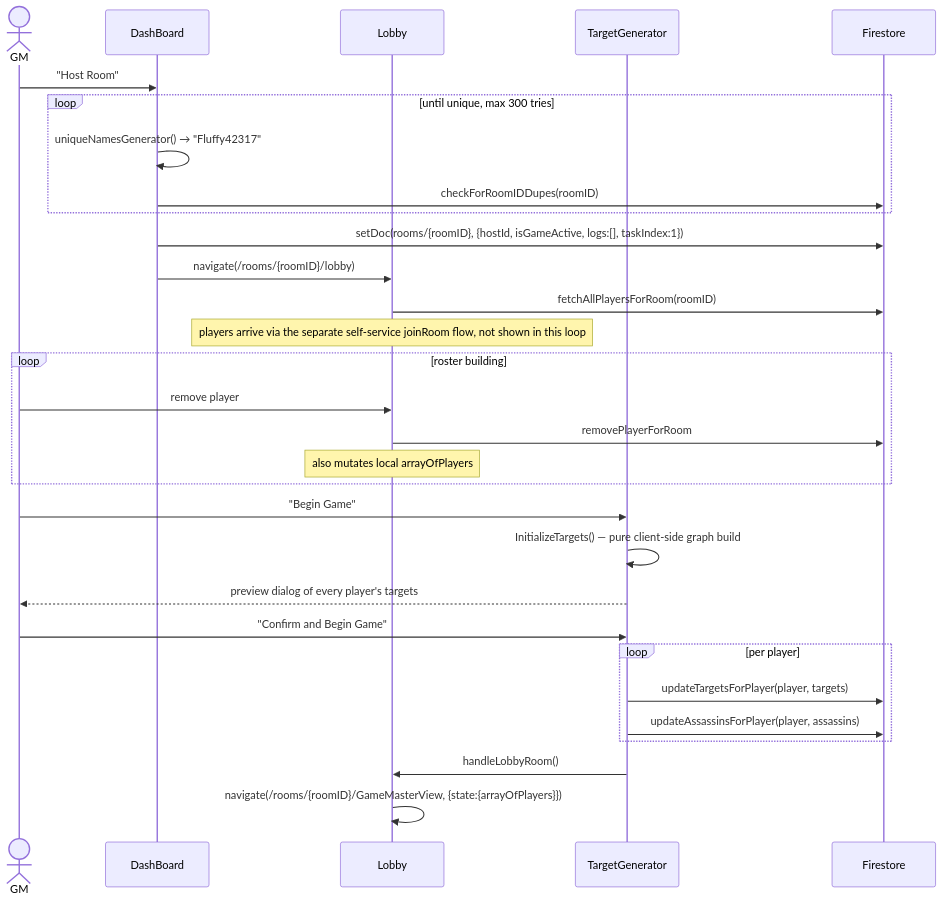
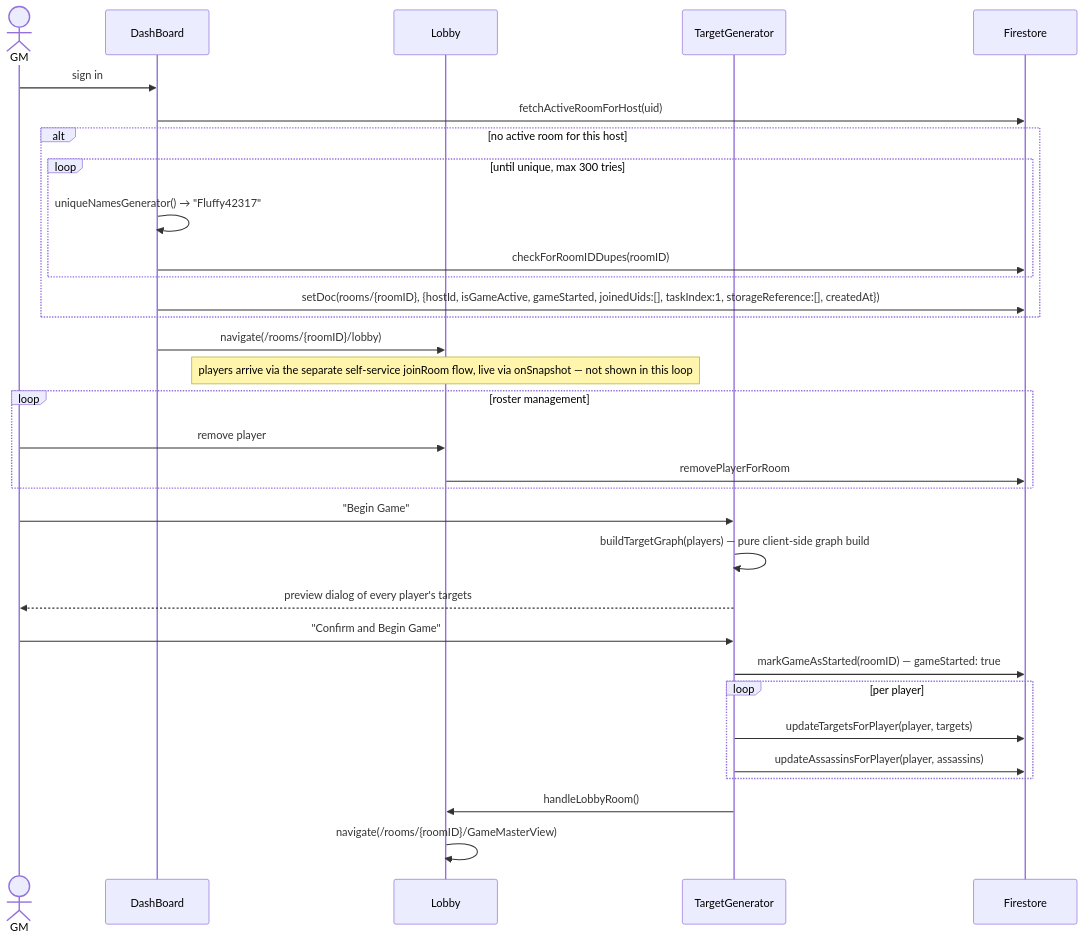
One commit to allenthebosscoder/mall-mystery-heroes changed the first of 4 diagrams in docs/game-flows.md. Above: the diagram before and after it, drawn with Mermaid. The commit also changed other lines of this file, not shown here.

Commit message:
Sync docs/game-flows.md to the current target-graph algorithm and live-state architecture

````diff
--- a/docs/game-flows.md
+++ b/docs/game-flows.md
@@ -11,35 +11,37 @@
 ```mermaid
 sequenceDiagram
     actor GM
     participant DB as DashBoard
     participant Lobby
     participant TG as TargetGenerator
     participant FS as Firestore
 
-    GM->>DB: "Host Room"
-    loop until unique, max 300 tries
-        DB->>DB: uniqueNamesGenerator() → "Fluffy42317"
-        DB->>FS: checkForRoomIDDupes(roomID)
+    GM->>DB: sign in
+    DB->>FS: fetchActiveRoomForHost(uid)
+    alt no active room for this host
+        loop until unique, max 300 tries
+            DB->>DB: uniqueNamesGenerator() → "Fluffy42317"
+            DB->>FS: checkForRoomIDDupes(roomID)
+        end
+        DB->>FS: setDoc(rooms/{roomID}, {hostId, isGameActive, gameStarted, joinedUids:[], taskIndex:1, storageReference:[], createdAt})
     end
-    DB->>FS: setDoc(rooms/{roomID}, {hostId, isGameActive, logs:[], taskIndex:1})
     DB->>Lobby: navigate(/rooms/{roomID}/lobby)
 
-    Lobby->>FS: fetchAllPlayersForRoom(roomID)
-    Note over Lobby: players arrive via the separate self-service joinRoom flow, not shown in this loop
-    loop roster building
+    Note over Lobby: players arrive via the separate self-service joinRoom flow, live via onSnapshot — not shown in this loop
+    loop roster management
         GM->>Lobby: remove player
         Lobby->>FS: removePlayerForRoom
-        Note over Lobby: also mutates local arrayOfPlayers
     end
 
     GM->>TG: "Begin Game"
-    TG->>TG: InitializeTargets() — pure client-side graph build
+    TG->>TG: buildTargetGraph(players) — pure client-side graph build
     TG-->>GM: preview dialog of every player's targets
     GM->>TG: "Confirm and Begin Game"
+    TG->>FS: markGameAsStarted(roomID) — gameStarted: true
     loop per player
         TG->>FS: updateTargetsForPlayer(player, targets)
         TG->>FS: updateAssassinsForPlayer(player, assassins)
     end
     TG->>Lobby: handleLobbyRoom()
-    Lobby->>Lobby: navigate(/rooms/{roomID}/GameMasterView, {state:{arrayOfPlayers}})
+    Lobby->>Lobby: navigate(/rooms/{roomID}/GameMasterView)
 ```
````
